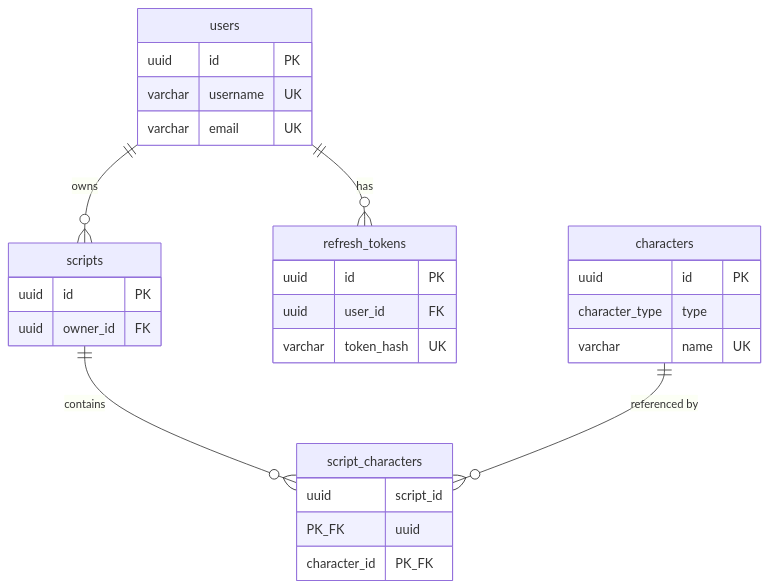
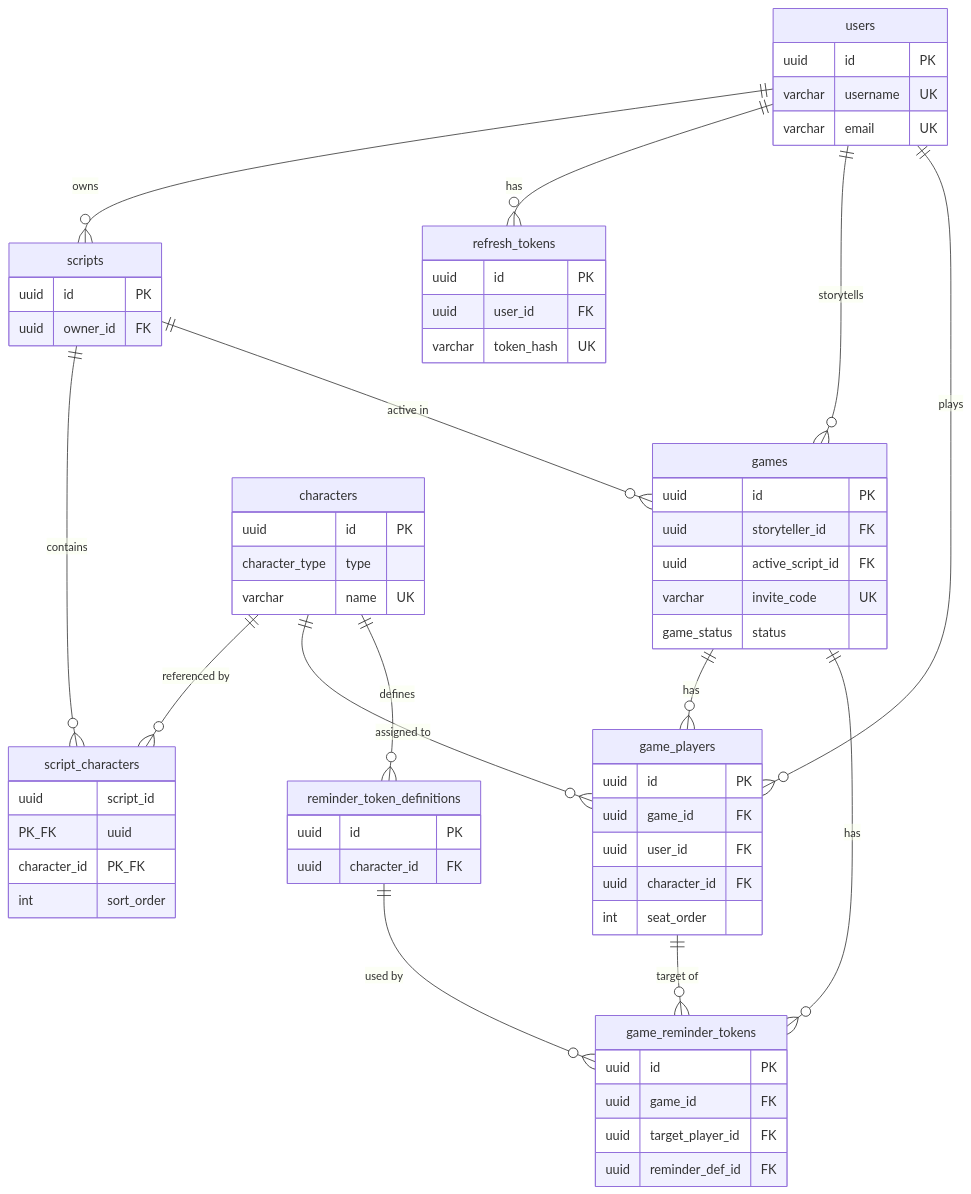
Before and after one commit to bwmobilelabs/botc-node: the diagram in schema.md, drawn with Mermaid. The commit also changed other lines of this file, not shown here.

Commit message:
update schema file

````diff
--- a/schema.md
+++ b/schema.md
@@ -103,30 +181,64 @@
 ```mermaid
 erDiagram
     users ||--o{ scripts : owns
     users ||--o{ refresh_tokens : has
+    users ||--o{ games : "storytells"
+    users ||--o{ game_players : plays
     scripts ||--o{ script_characters : contains
+    scripts ||--o{ games : "active in"
     characters ||--o{ script_characters : "referenced by"
+    characters ||--o{ game_players : "assigned to"
+    characters ||--o{ reminder_token_definitions : defines
+    games ||--o{ game_players : has
+    games ||--o{ game_reminder_tokens : has
+    game_players ||--o{ game_reminder_tokens : "target of"
+    reminder_token_definitions ||--o{ game_reminder_tokens : "used by"
     users {
         uuid id PK
         varchar username UK
         varchar email UK
     }
     characters {
         uuid id PK
         character_type type
         varchar name UK
     }
     scripts {
         uuid id PK
         uuid owner_id FK
     }
     script_characters {
         uuid script_id PK_FK
         uuid character_id PK_FK
+        int sort_order
     }
     refresh_tokens {
         uuid id PK
         uuid user_id FK
         varchar token_hash UK
     }
+    games {
+        uuid id PK
+        uuid storyteller_id FK
+        uuid active_script_id FK
+        varchar invite_code UK
+        game_status status
+    }
+    game_players {
+        uuid id PK
+        uuid game_id FK
+        uuid user_id FK
+        uuid character_id FK
+        int seat_order
+    }
+    reminder_token_definitions {
+        uuid id PK
+        uuid character_id FK
+    }
+    game_reminder_tokens {
+        uuid id PK
+        uuid game_id FK
+        uuid target_player_id FK
+        uuid reminder_def_id FK
+    }
 ```
````
